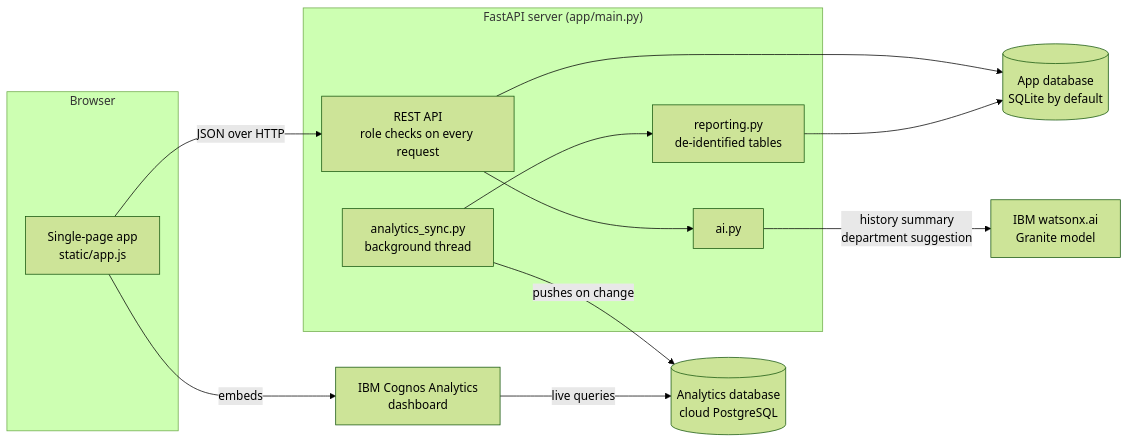
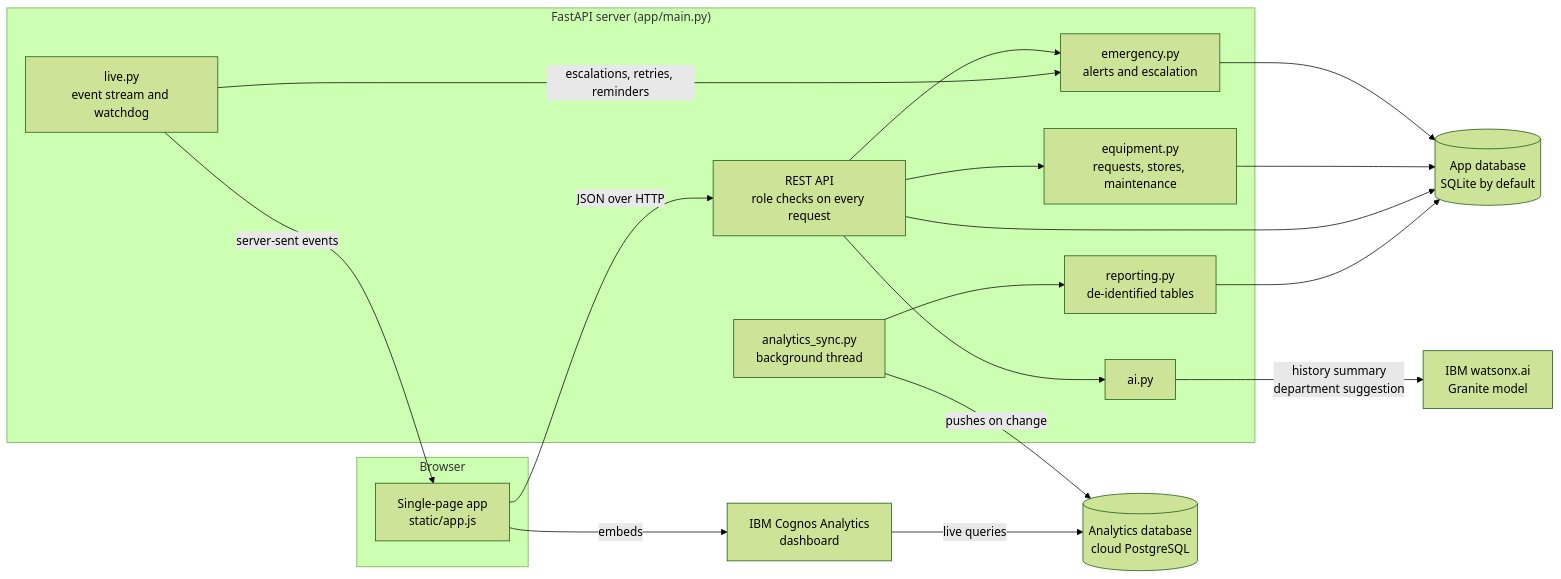
The first of 13 diagrams in README.md (abishekss2007/CareSync), drawn with Mermaid (forest theme) before and after one commit. The commit also changed other lines of this file and 1 other file, not shown here.

Commit message:
Document emergency, equipment and deployment; run both test suites in CI

````diff
--- a/README.md
+++ b/README.md
@@ -44,28 +50,37 @@
 ```mermaid
 flowchart LR
     subgraph Browser
         UI["Single-page app<br/>static/app.js"]
     end
 
     subgraph Server["FastAPI server (app/main.py)"]
         API["REST API<br/>role checks on every request"]
+        EM["emergency.py<br/>alerts and escalation"]
+        EQ["equipment.py<br/>requests, stores, maintenance"]
+        LIVE["live.py<br/>event stream and watchdog"]
         AI["ai.py"]
         SYNC["analytics_sync.py<br/>background thread"]
         REP["reporting.py<br/>de-identified tables"]
     end
 
     DB[("App database<br/>SQLite by default")]
     WX["IBM watsonx.ai<br/>Granite model"]
     PG[("Analytics database<br/>cloud PostgreSQL")]
     COG["IBM Cognos Analytics<br/>dashboard"]
 
     UI -- "JSON over HTTP" --> API
+    LIVE -- "server-sent events" --> UI
+    API --> EM
+    API --> EQ
+    EM --> DB
+    EQ --> DB
+    LIVE -- "escalations, retries, reminders" --> EM
     API --> DB
     API --> AI
     AI -- "history summary<br/>department suggestion" --> WX
     SYNC --> REP
     REP --> DB
     SYNC -- "pushes on change" --> PG
     COG -- "live queries" --> PG
     UI -- "embeds" --> COG
 ```
````
